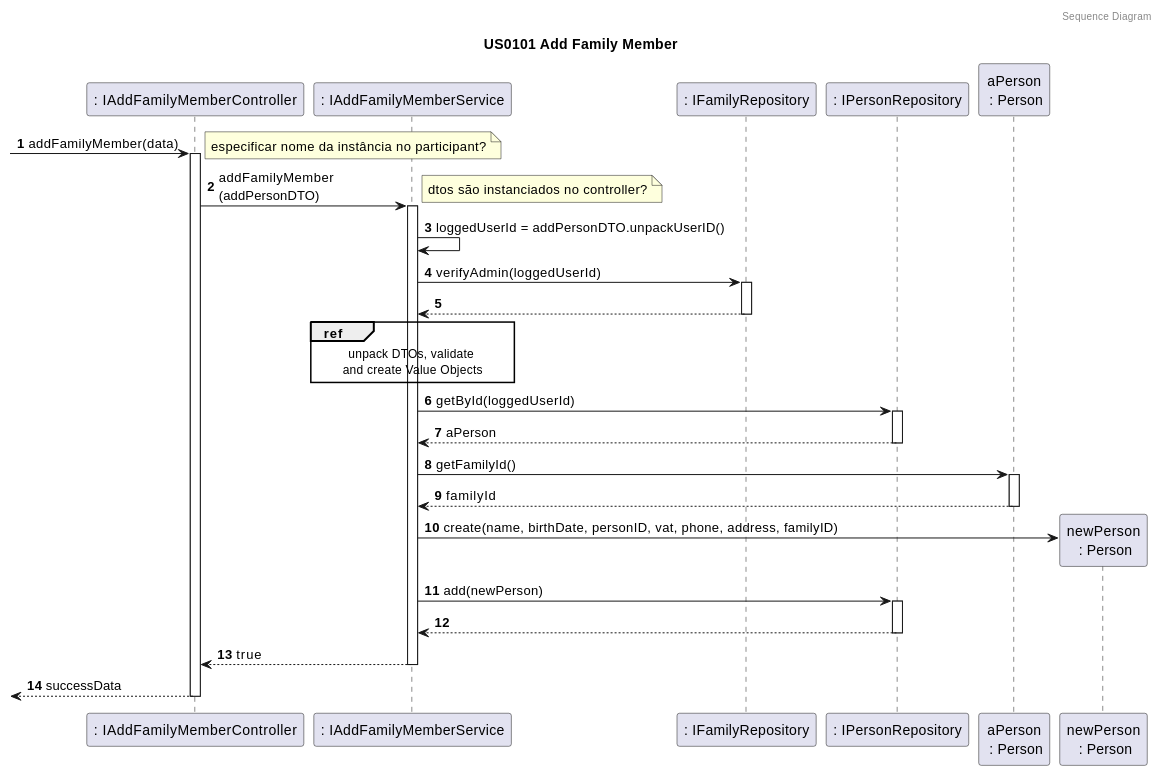
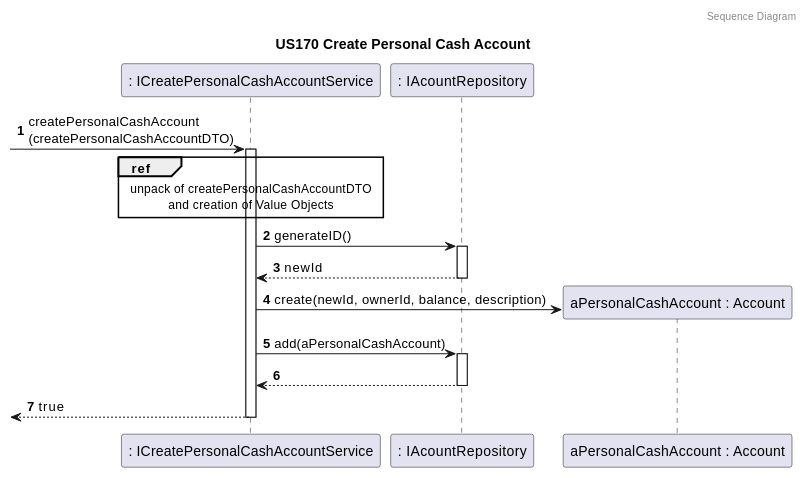
The fourth of 4 diagrams in docs/sprint4/user_stories/US170_CreatePersonalCashAccount.md (tomas-osswald/switch_2020_g3), drawn with PlantUML before and after one commit. The commit also changed 7 other files, not shown here.

`````diff
--- a/docs/sprint4/user_stories/US170_CreatePersonalCashAccount.md
+++ b/docs/sprint4/user_stories/US170_CreatePersonalCashAccount.md
@@ -262,54 +262,34 @@
 ````puml
 @startuml
 
 autonumber
 header Sequence Diagram
-title US0101 Add Family Member
-
-participant ": IAddFamilyMemberController" as controller
-participant ": IAddFamilyMemberService" as AddMemberService
-participant ": IFamilyRepository" as familyRepository
-participant ": IPersonRepository" as personRepository
-participant "aPerson\n : Person" as admin
-participant "newPerson\n : Person" as newPerson
+title US170 Create Personal Cash Account
 
 
--> controller : addFamilyMember(data)
-activate controller
+participant ": ICreatePersonalCashAccountService" as service
+participant ": IAcountRepository" as arepo
+participant "aPersonalCashAccount : Account" as acc
 
-note left: especificar nome da instância no participant?
+-> service : createPersonalCashAccount\n(createPersonalCashAccountDTO)
+activate service
 
-controller -> AddMemberService : addFamilyMember\n(addPersonDTO)
-activate AddMemberService
+ref over service
+unpack of createPersonalCashAccountDTO
+and creation of Value Objects
+end
 
-note right: dtos são instanciados no controller?
+service -> arepo : generateID()
+activate arepo
+return newId
 
-AddMemberService -> AddMemberService : loggedUserId = addPersonDTO.unpackUserID()
+service -> acc** : create(newId, ownerId, balance, description)
 
-AddMemberService -> familyRepository : verifyAdmin(loggedUserId)
-activate familyRepository
+service -> arepo : add(aPersonalCashAccount)
+activate arepo
 return
 
-ref over AddMemberService
-unpack DTOs, validate 
-and create Value Objects
-end ref
-
-AddMemberService -> personRepository : getById(loggedUserId)
-activate personRepository
-return aPerson
-
-AddMemberService -> admin : getFamilyId()
-activate admin
-return familyId
-
-AddMemberService-> newPerson** : create(name, birthDate, personID, vat, phone, address, familyID)
-
-AddMemberService -> personRepository :  add(newPerson)
-activate personRepository 
-return 
 return true
-return successData
 
 @enduml
 ````
`````
